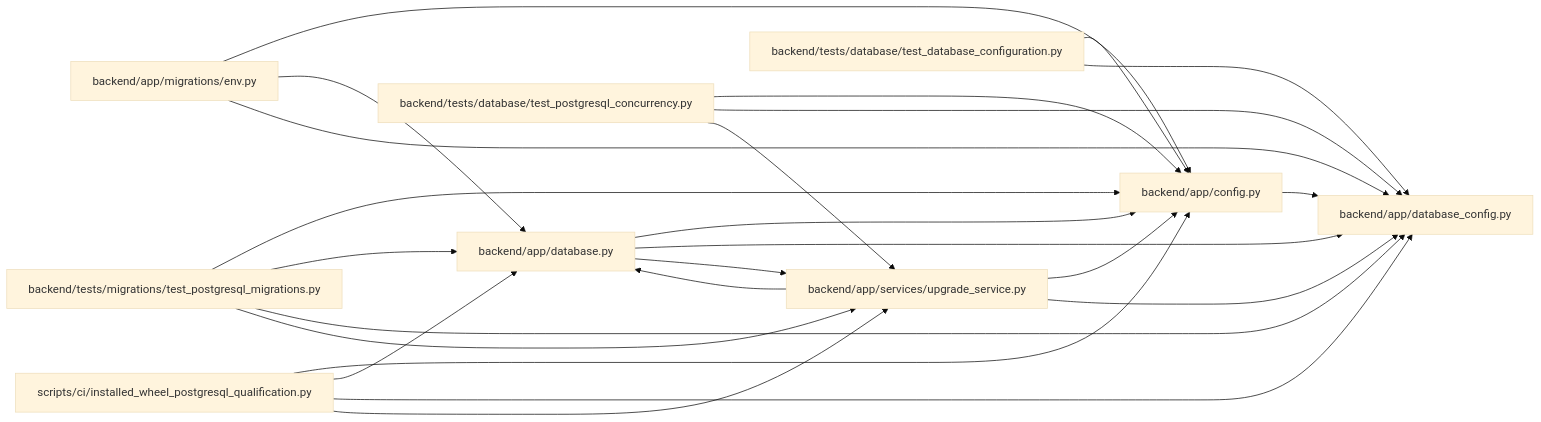
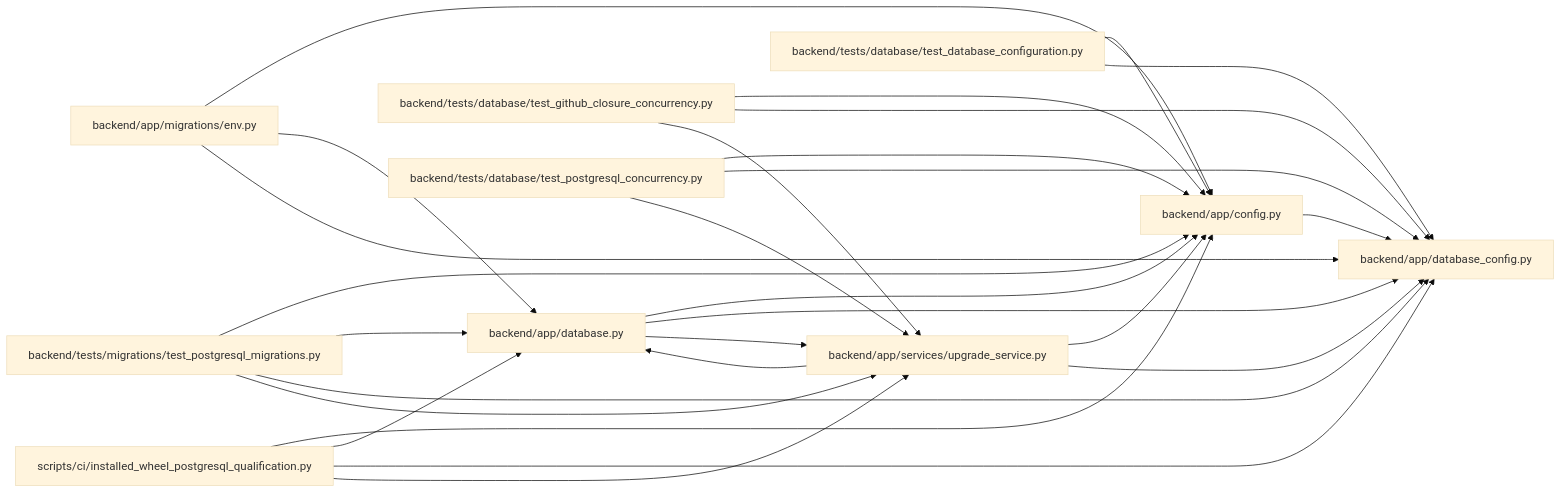
Before and after one commit to Denissvgn/WorkChord: the diagram in docs/llm_wiki/modules/database_config.md, drawn with Mermaid (base theme). The commit also changed other lines of this file and 1420 other files, not shown here.

First line of the commit message:
Refresh the architectural wiki for the 1.10.0 changes

````diff
--- a/docs/llm_wiki/modules/database_config.md
+++ b/docs/llm_wiki/modules/database_config.md
@@ -23,44 +23,49 @@
 ```mermaid
 flowchart LR
     n0["backend/app/config.py"]
     n1["backend/app/database.py"]
     n2["backend/app/database_config.py"]
     n3["backend/app/migrations/env.py"]
     n4["backend/app/services/upgrade_service.py"]
     n5["backend/tests/database/test_database_configuration.py"]
-    n6["backend/tests/database/test_postgresql_concurrency.py"]
-    n7["backend/tests/migrations/test_postgresql_migrations.py"]
-    n8["scripts/ci/installed_wheel_postgresql_qualification.py"]
+    n6["backend/tests/database/test_github_closure_concurrency.py"]
+    n7["backend/tests/database/test_postgresql_concurrency.py"]
+    n8["backend/tests/migrations/test_postgresql_migrations.py"]
+    n9["scripts/ci/installed_wheel_postgresql_qualification.py"]
     n0 --> n2
     n1 --> n0
     n1 --> n2
     n1 --> n4
     n3 --> n0
     n3 --> n1
     n3 --> n2
     n4 --> n0
     n4 --> n1
     n4 --> n2
     n5 --> n0
     n5 --> n2
     n6 --> n0
     n6 --> n2
     n6 --> n4
     n7 --> n0
-    n7 --> n1
     n7 --> n2
     n7 --> n4
     n8 --> n0
     n8 --> n1
     n8 --> n2
     n8 --> n4
+    n9 --> n0
+    n9 --> n1
+    n9 --> n2
+    n9 --> n4
     click n0 "../modules/config.md"
     click n1 "../modules/app_database.md"
     click n2 "../modules/database_config.md"
     click n3 "../modules/migrations_env.md"
     click n4 "../modules/upgrade_service.md"
     click n5 "../modules/test_database_configuration.md"
-    click n6 "../modules/test_postgresql_concurrency.md"
-    click n7 "../modules/test_postgresql_migrations.md"
-    click n8 "../modules/installed_wheel_postgresql_qualification.md"
+    click n6 "../modules/test_github_closure_concurrency.md"
+    click n7 "../modules/test_postgresql_concurrency.md"
+    click n8 "../modules/test_postgresql_migrations.md"
+    click n9 "../modules/installed_wheel_postgresql_qualification.md"
 ```
````
